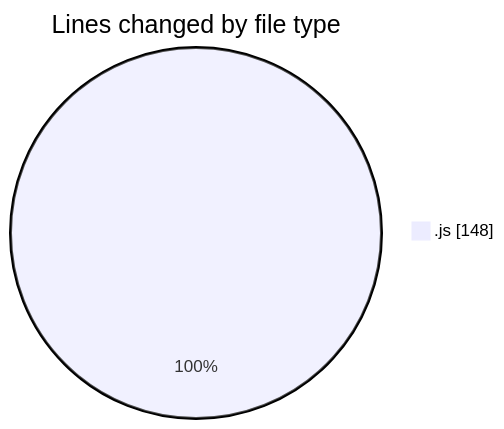
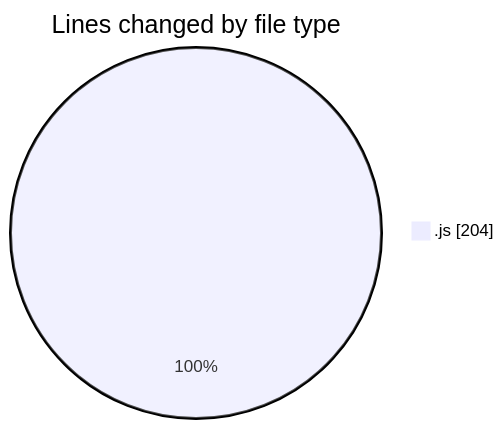
One commit to momahboobian/code-tracking changed the first of 2 diagrams in 2025-02-04/cda/README.md. Above: the diagram before and after it, drawn with Mermaid. The commit also changed other lines of this file and 1 other file, not shown here.

````diff
--- a/2025-02-04/cda/README.md
+++ b/2025-02-04/cda/README.md
@@ -20,5 +20,5 @@
 ```mermaid
 pie showData
 title Lines changed by file type
-".js" : 148
+".js" : 204
 ```
````
